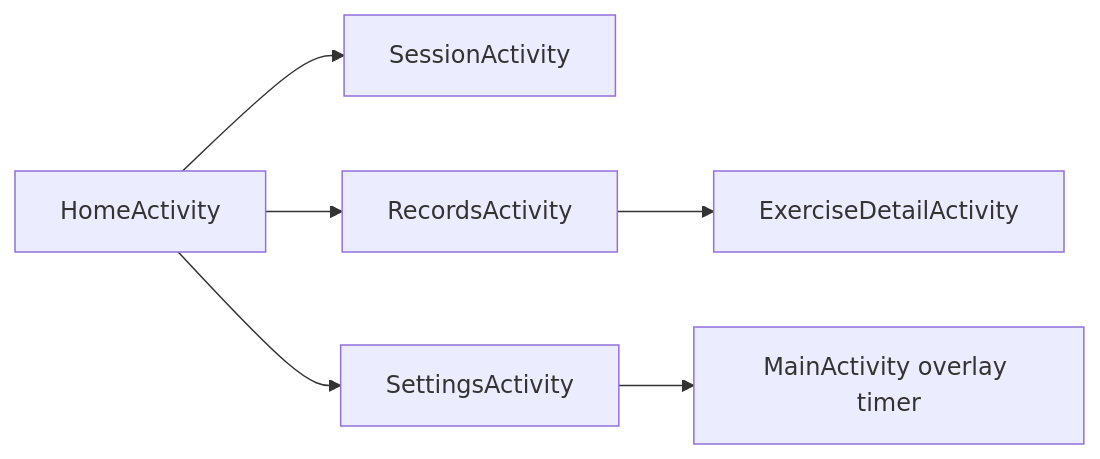
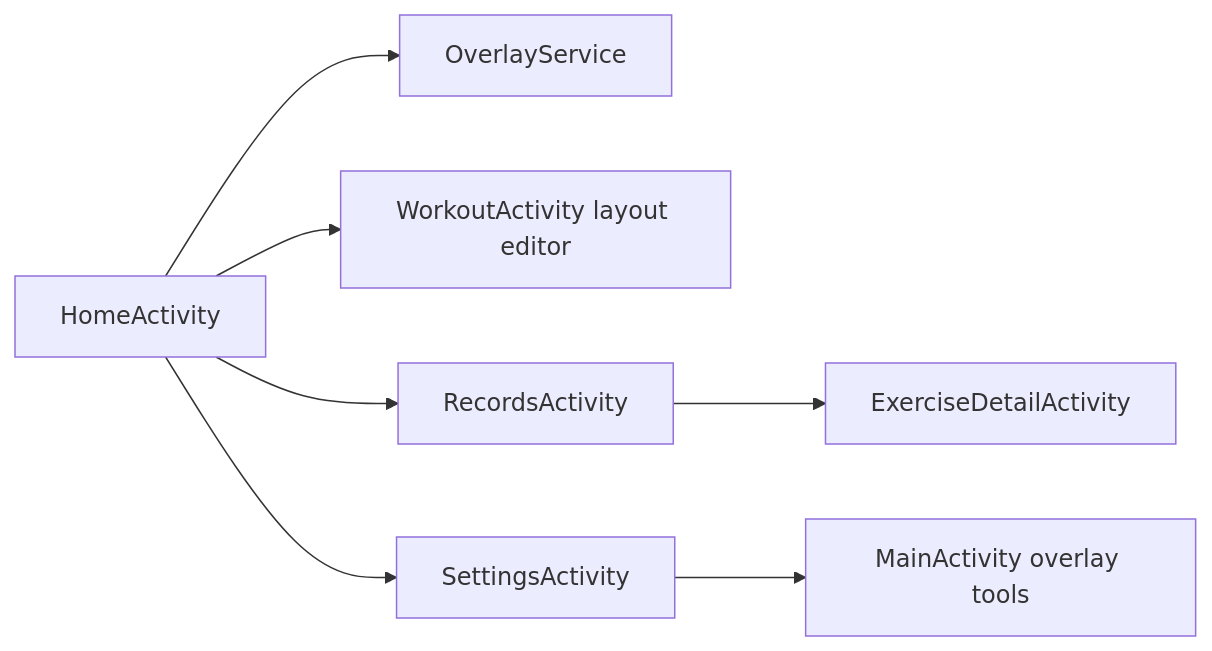
Before and after one commit to JaceDashS/lift-log: the diagram in docs/design/workout/30-app-screens.md, drawn with Mermaid. The commit also changed other lines of this file and 21 other files, not shown here.

First line of the commit message:
[fix] Float the workout overlay from Home START

````diff
--- a/docs/design/workout/30-app-screens.md
+++ b/docs/design/workout/30-app-screens.md
@@ -7,8 +7,9 @@
 ```mermaid
 flowchart LR
- Home["HomeActivity"] --> Session["SessionActivity"]
+ Home["HomeActivity"] --> Overlay["OverlayService"]
+ Home --> Layout["WorkoutActivity layout editor"]
  Home --> Records["RecordsActivity"]
  Home --> Settings["SettingsActivity"]
  Records --> Detail["ExerciseDetailActivity"]
- Settings --> Legacy["MainActivity overlay timer"]
+ Settings --> Legacy["MainActivity overlay tools"]
 ```
````
